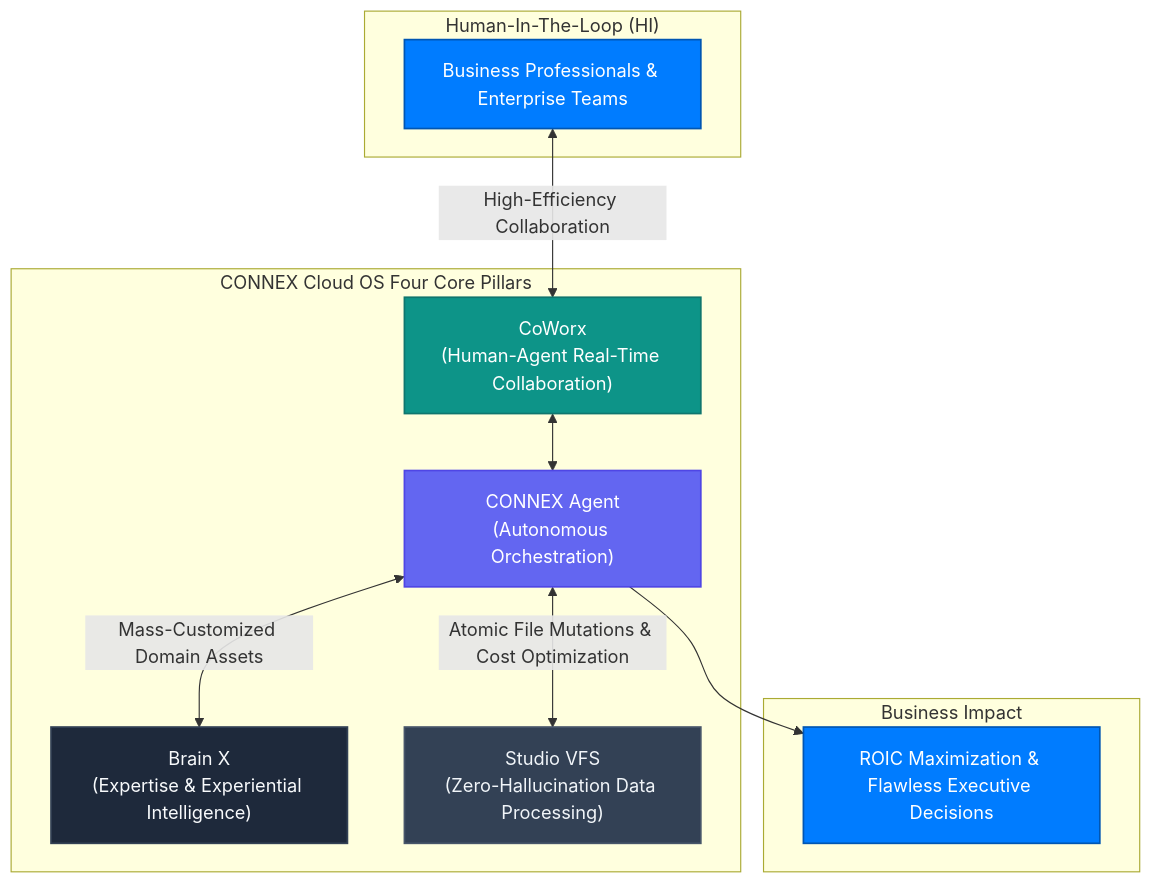
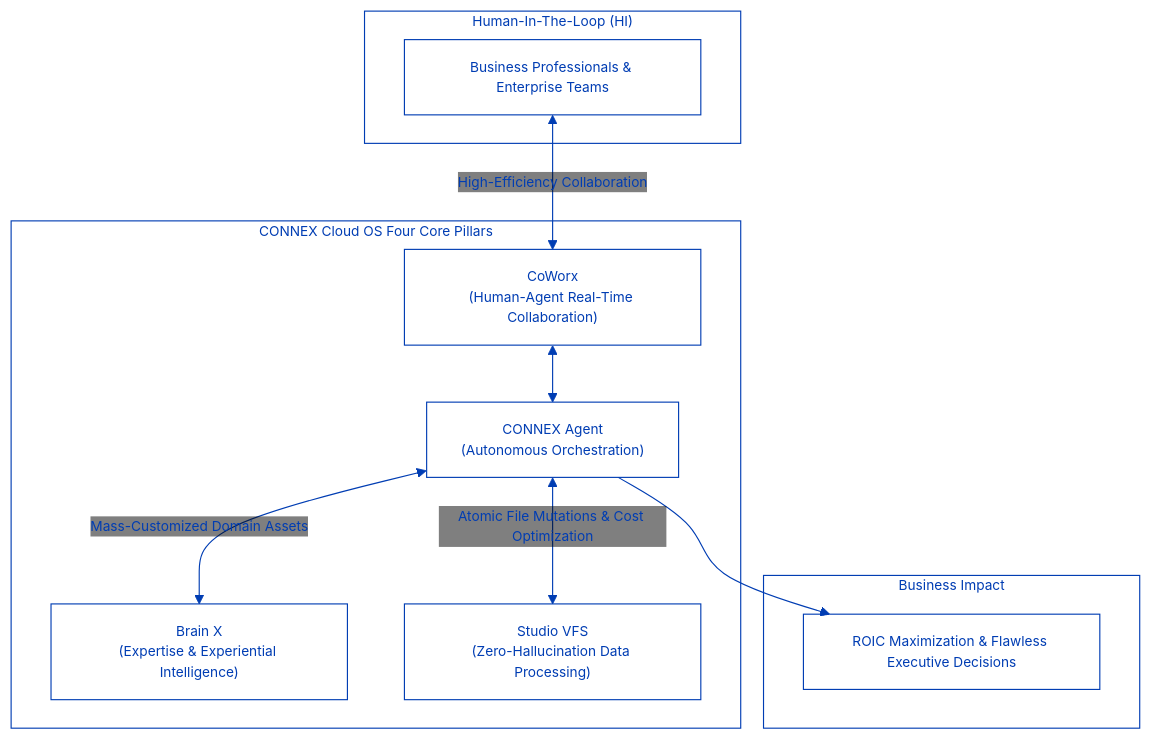
One commit to Connex-Brothers-Consulting-Group/cbcg-hs-connex-docs changed the diagram in README.md. Above: the diagram before and after it, drawn with Mermaid. The commit also changed other lines of this file and 24 other files, not shown here.

Commit message:
fix(docs): restore Lucide card icons, enforce transparent Mermaid line-art, add Cryptographic Kill Switch, and refine quiet luxury banner

````diff
--- a/README.md
+++ b/README.md
@@ -25,29 +21,47 @@
 ```mermaid
+%%{init: {
+  'theme': 'base',
+  'themeVariables': {
+    'background': 'transparent',
+    'primaryColor': 'transparent',
+    'primaryBorderColor': '#003DB3',
+    'primaryTextColor': '#003DB3',
+    'secondaryColor': 'transparent',
+    'secondaryBorderColor': '#003DB3',
+    'secondaryTextColor': '#003DB3',
+    'tertiaryColor': 'transparent',
+    'tertiaryBorderColor': '#003DB3',
+    'tertiaryTextColor': '#003DB3',
+    'clusterBkg': 'transparent',
+    'clusterBorder': '#003DB3',
+    'lineColor': '#003DB3',
+    'textColor': '#003DB3',
+    'edgeLabelBackground': 'transparent',
+    'nodeBorder': '#003DB3',
+    'nodeTextColor': '#003DB3',
+    'fontFamily': 'Inter, -apple-system, BlinkMacSystemFont, sans-serif',
+    'fontSize': '12px'
+  }
+}}%%
 graph TD
-    classDef primary fill:#007CFF,stroke:#0056B3,stroke-width:1.5px,color:#FFFFFF;
-    classDef enterprise fill:#1E293B,stroke:#334155,stroke-width:1.5px,color:#F8FAFC;
-    classDef accent fill:#0D9488,stroke:#0F766E,stroke-width:1.5px,color:#FFFFFF;
-    classDef storage fill:#334155,stroke:#475569,stroke-width:1.5px,color:#F1F5F9;
-    classDef ai fill:#6366F1,stroke:#4F46E5,stroke-width:1.5px,color:#FFFFFF;
-
     subgraph UserLayer ["Human-In-The-Loop (HI)"]
-        User["Business Professionals & Enterprise Teams"]:::primary
+        User["Business Professionals & Enterprise Teams"]
     end
 
     subgraph CoreOS ["CONNEX Cloud OS Four Core Pillars"]
-        Agent["CONNEX Agent<br/>(Autonomous Orchestration)"]:::ai
-        CoWorx["CoWorx<br/>(Human-Agent Real-Time Collaboration)"]:::accent
-        BrainX["Brain X<br/>(Expertise & Experiential Intelligence)"]:::enterprise
-        Studio["Studio VFS<br/>(Zero-Hallucination Data Processing)"]:::storage
+        Agent["CONNEX Agent<br/>(Autonomous Orchestration)"]
+        CoWorx["CoWorx<br/>(Human-Agent Real-Time Collaboration)"]
+        BrainX["Brain X<br/>(Expertise & Experiential Intelligence)"]
+        Studio["Studio VFS<br/>(Zero-Hallucination Data Processing)"]
     end
 
     subgraph EnterpriseValue ["Business Impact"]
-        Value["ROIC Maximization & Flawless Executive Decisions"]:::primary
+        Value["ROIC Maximization & Flawless Executive Decisions"]
     end
 
     User <-->|High-Efficiency Collaboration| CoWorx
     CoWorx <--> Agent
     Agent <-->|Mass-Customized Domain Assets| BrainX
     Agent <-->|Atomic File Mutations & Cost Optimization| Studio
     Agent --> Value
 ```
````
